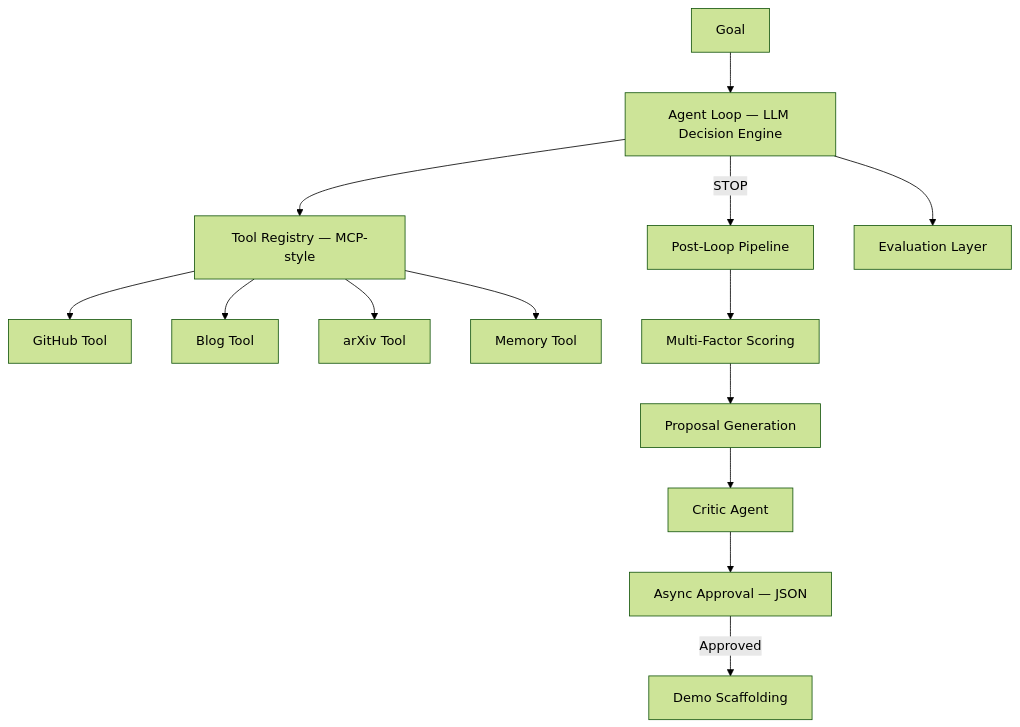
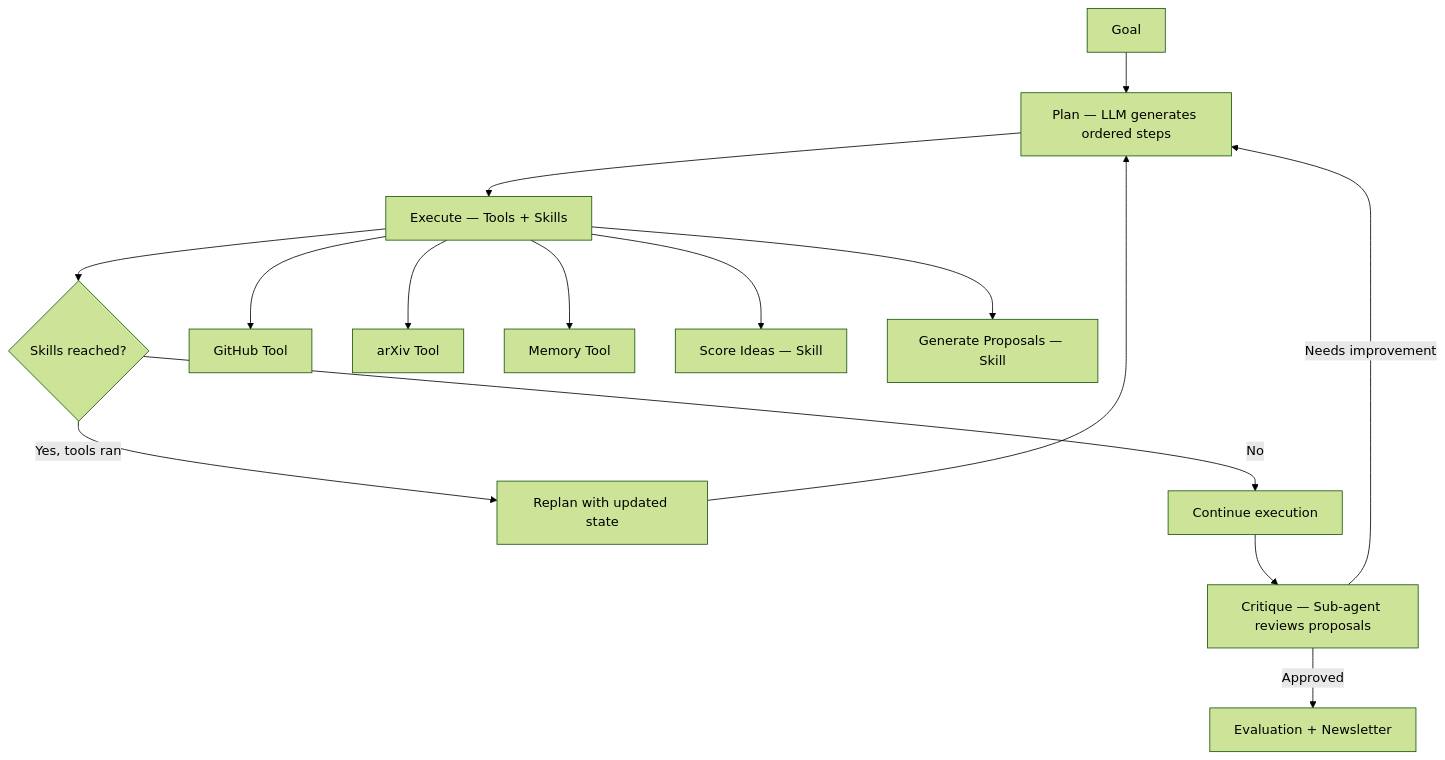
The diagram in README.md (TanuMedi/ai-research-desk), drawn with Mermaid (forest theme) before and after one commit. The commit also changed other lines of this file, not shown here.

````diff
--- a/README.md
+++ b/README.md
@@ -9,18 +11,18 @@
 ```mermaid
 graph TD
-    A[Goal] --> B[Agent Loop — LLM Decision Engine]
-    B --> C[Tool Registry — MCP-style]
-    C --> D[GitHub Tool]
-    C --> E[Blog Tool]
-    C --> F[arXiv Tool]
-    C --> G[Memory Tool]
+    A[Goal] --> B[Plan — LLM generates ordered steps]
+    B --> C[Execute — Tools + Skills]
+    C --> D{Skills reached?}
+    D -->|Yes, tools ran| E[Replan with updated state]
+    E --> B
+    D -->|No| F[Continue execution]
+    F --> G[Critique — Sub-agent reviews proposals]
+    G -->|Needs improvement| B
+    G -->|Approved| H[Evaluation + Newsletter]
 
-    B -->|STOP| H[Post-Loop Pipeline]
-    H --> I[Multi-Factor Scoring]
-    I --> J[Proposal Generation]
-    J --> K[Critic Agent]
-    K --> L[Async Approval — JSON]
-    L -->|Approved| M[Demo Scaffolding]
-
-    B --> N[Evaluation Layer]
+    C --> T1[GitHub Tool]
+    C --> T2[arXiv Tool]
+    C --> T3[Memory Tool]
+    C --> S1[Score Ideas — Skill]
+    C --> S2[Generate Proposals — Skill]
 ```
````
